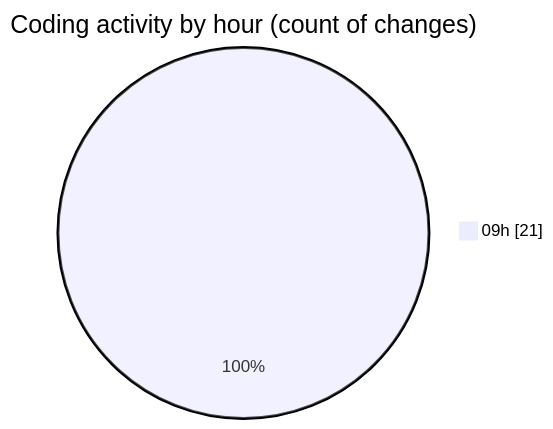
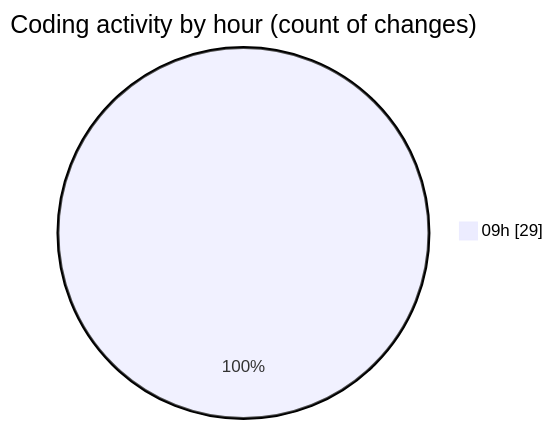
One commit to CELIANVF/code-tracking changed the second of 2 diagrams in 2025-05-20/ecodeli-1/README.md. Above: the diagram before and after it, drawn with Mermaid. The commit also changed other lines of this file and 1 other file, not shown here.

````diff
--- a/2025-05-20/ecodeli-1/README.md
+++ b/2025-05-20/ecodeli-1/README.md
@@ -40,5 +45,5 @@
 ```mermaid
 pie showData
 title Coding activity by hour (count of changes)
-"09h" : 21
+"09h" : 29
 ```
````
